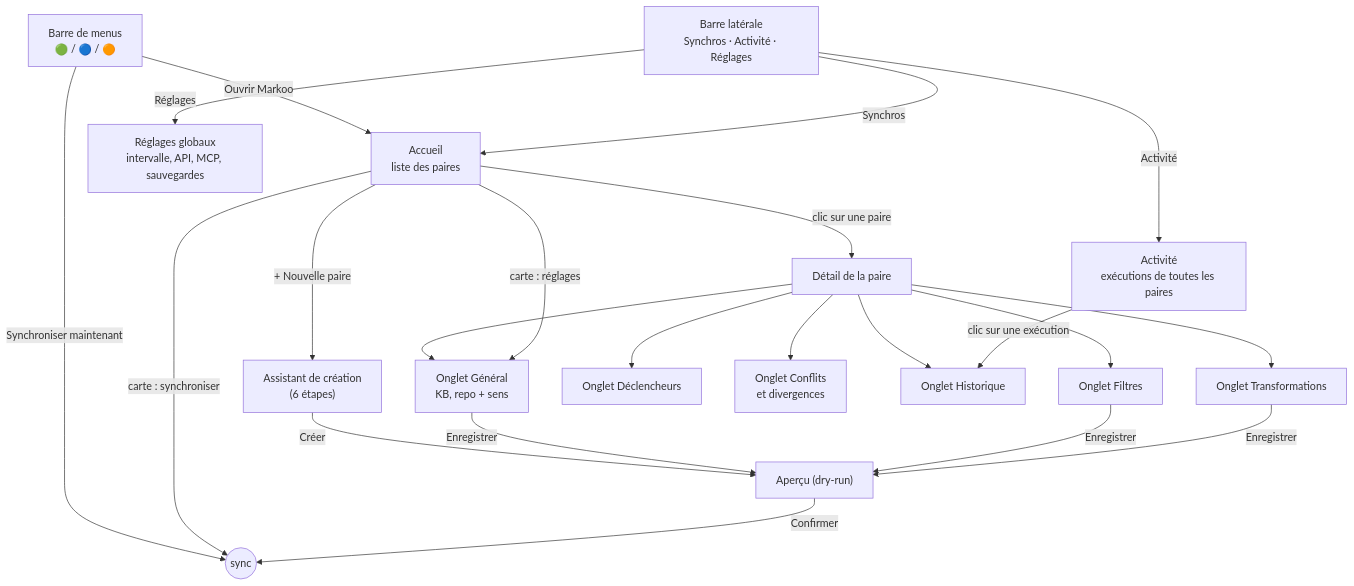
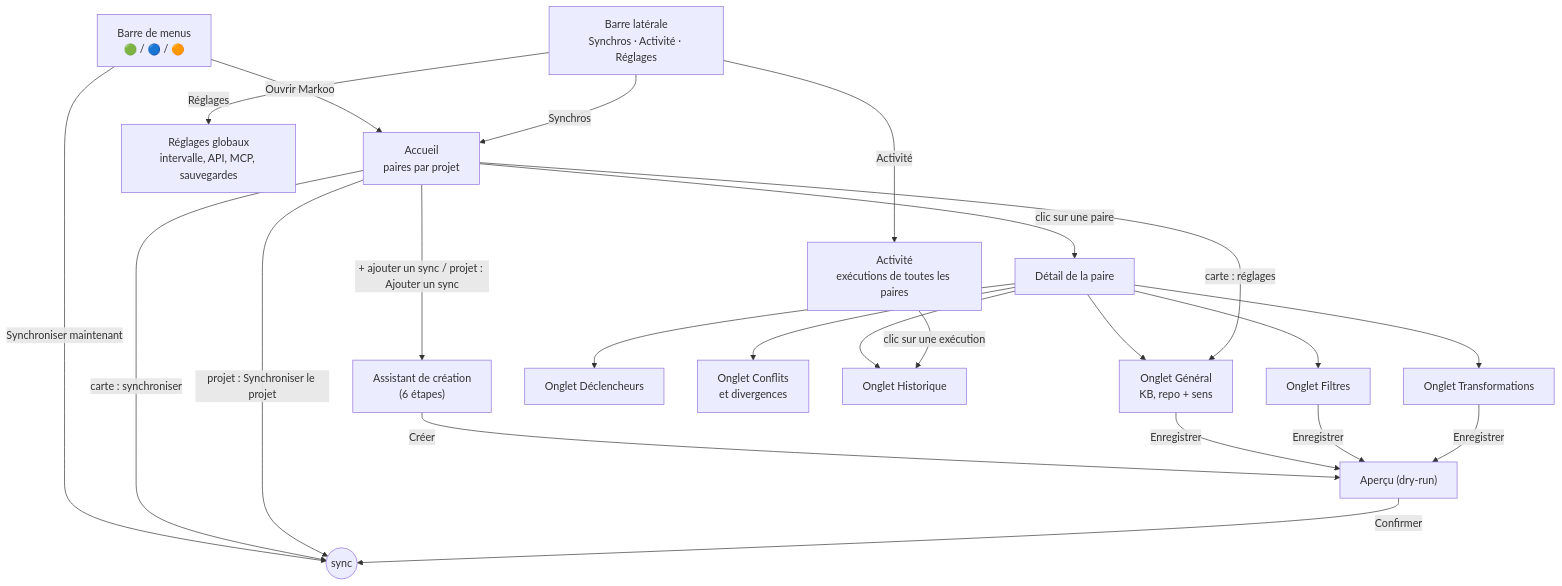
Before and after one commit to studoo-app/markoo: the second of 4 diagrams in documentation/fr/08-interface-de-configuration.md, drawn with Mermaid. The commit also changed other lines of this file and 35 other files, not shown here.

````diff
--- a/documentation/fr/08-interface-de-configuration.md
+++ b/documentation/fr/08-interface-de-configuration.md
@@ -43,22 +45,23 @@
 ```mermaid
 flowchart TD
     MB["Barre de menus<br/>🟢 / 🔵 / 🟠"] -->|Ouvrir Markoo| HOME
     MB -->|Synchroniser maintenant| SYNC((sync))
-    HOME["Accueil<br/>liste des paires"] -->|+ Nouvelle paire| WIZ["Assistant de création<br/>(6 étapes)"]
+    HOME["Accueil<br/>paires par projet"] -->|+ ajouter un sync / projet : Ajouter un sync| WIZ["Assistant de création<br/>(6 étapes)"]
     HOME -->|clic sur une paire| PAIR["Détail de la paire"]
     PAIR --> T1["Onglet Général<br/>KB, repo + sens"]
     PAIR --> T2["Onglet Filtres"]
     PAIR --> T3["Onglet Transformations"]
     PAIR --> T4["Onglet Déclencheurs"]
     PAIR --> T5["Onglet Conflits<br/>et divergences"]
     PAIR --> T6["Onglet Historique"]
     SIDE["Barre latérale<br/>Synchros · Activité · Réglages"] -->|Synchros| HOME
     SIDE -->|Activité| ACT["Activité<br/>exécutions de toutes les paires"]
     ACT -->|clic sur une exécution| T6
     SIDE -->|Réglages| GLOB["Réglages globaux<br/>intervalle, API, MCP, sauvegardes"]
     HOME -->|carte : réglages| T1
     HOME -->|carte : synchroniser| SYNC
+    HOME -->|projet : Synchroniser le projet| SYNC
     WIZ -->|Créer| PREV["Aperçu (dry-run)"]
     T1 & T2 & T3 -->|Enregistrer| PREV
     PREV -->|Confirmer| SYNC
 ```
````
